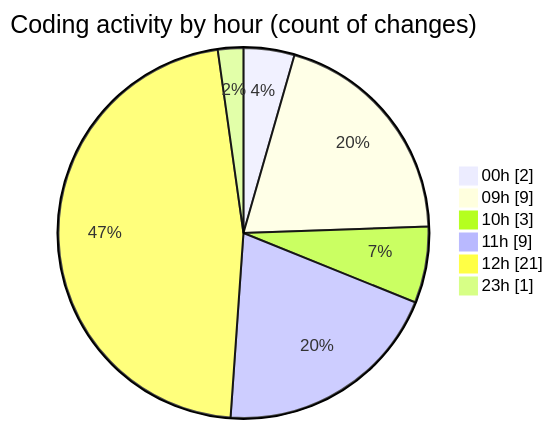
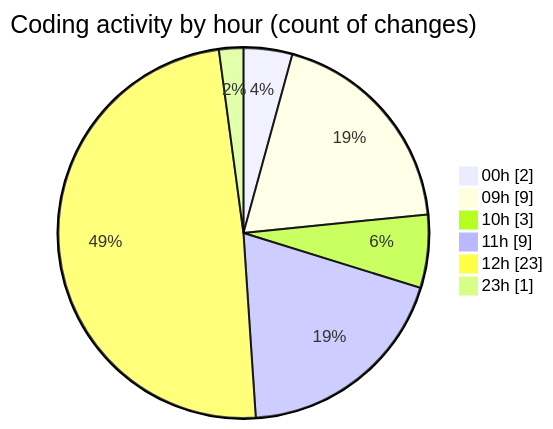
Before and after one commit to momahboobian/code-tracking: the second of 2 diagrams in 2025-07-29/cda/README.md, drawn with Mermaid. The commit also changed other lines of this file and 1 other file, not shown here.

````diff
--- a/2025-07-29/cda/README.md
+++ b/2025-07-29/cda/README.md
@@ -33,10 +33,10 @@
 ```mermaid
 pie showData
 title Coding activity by hour (count of changes)
 "00h" : 2
 "09h" : 9
 "10h" : 3
 "11h" : 9
-"12h" : 21
+"12h" : 23
 "23h" : 1
 ```
````
